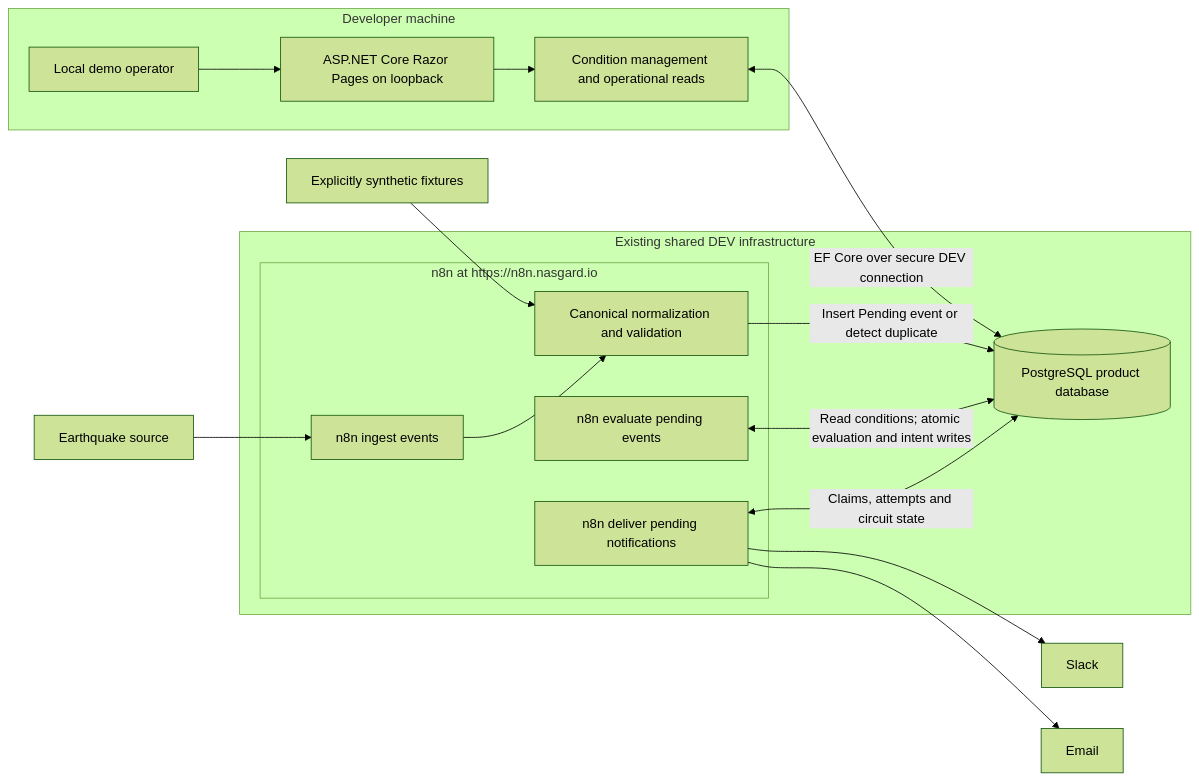
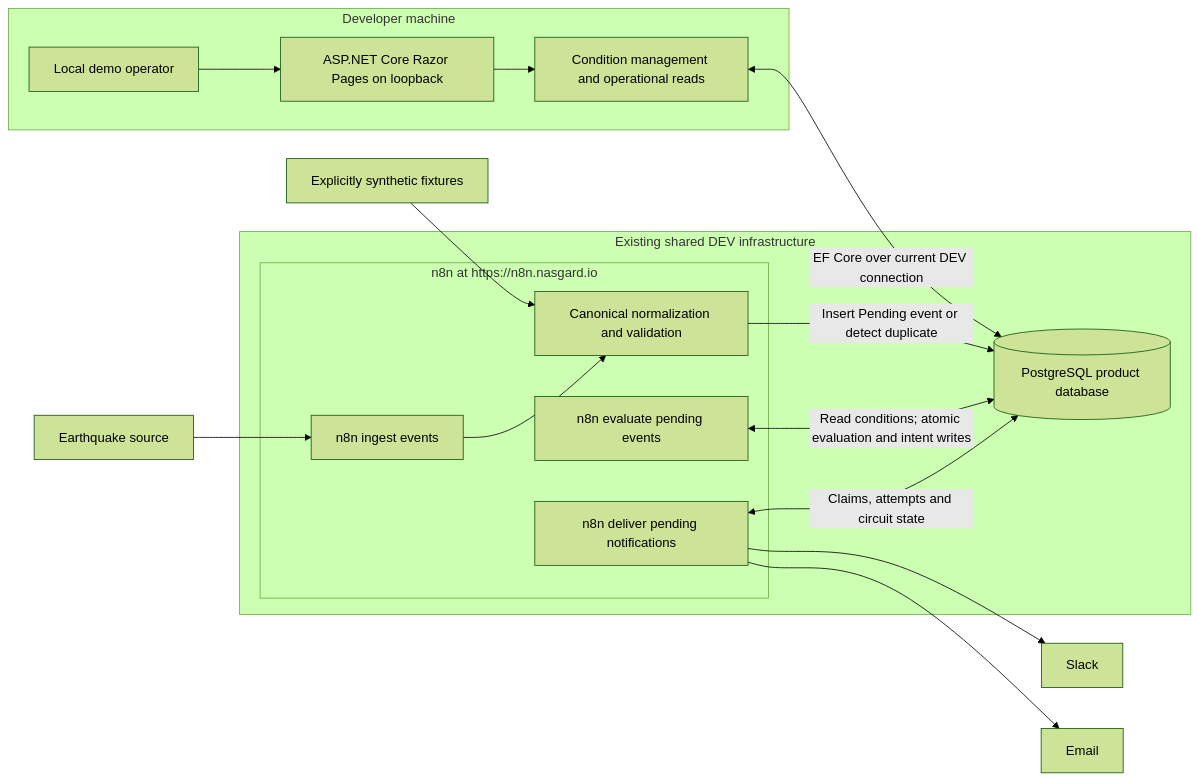
Before and after one commit to zskovacs/sonrisa-task04: the diagram in docs/04-architecture.md, drawn with Mermaid (forest theme). The commit also changed other lines of this file and 87 other files, not shown here.

````diff
--- a/docs/04-architecture.md
+++ b/docs/04-architecture.md
@@ -11,25 +11,25 @@
 ```mermaid
 flowchart LR
     subgraph Local[Developer machine]
         Operator[Local demo operator] --> UI[ASP.NET Core Razor Pages on loopback]
         UI --> Services[Condition management and operational reads]
     end
     subgraph DEV[Existing shared DEV infrastructure]
         ProductDB[(PostgreSQL product database)]
         subgraph HostedN8N[n8n at https://n8n.nasgard.io]
             Ingest[n8n ingest events]
             Normalize[Canonical normalization and validation]
             Evaluate[n8n evaluate pending events]
             Deliver[n8n deliver pending notifications]
         end
     end
-    Services <-->|EF Core over secure DEV connection| ProductDB
+    Services <-->|EF Core over current DEV connection| ProductDB
     Sources[Earthquake source] --> Ingest[n8n ingest events]
     Demo[Explicitly synthetic fixtures] --> Normalize[Canonical normalization and validation]
     Ingest --> Normalize
     Normalize -->|Insert Pending event or detect duplicate| ProductDB
     Evaluate[n8n evaluate pending events] <-->|Read conditions; atomic evaluation and intent writes| ProductDB
     Deliver[n8n deliver pending notifications] <-->|Claims, attempts and circuit state| ProductDB
     Deliver --> Slack[Slack]
     Deliver --> Email[Email]
 ```
````
